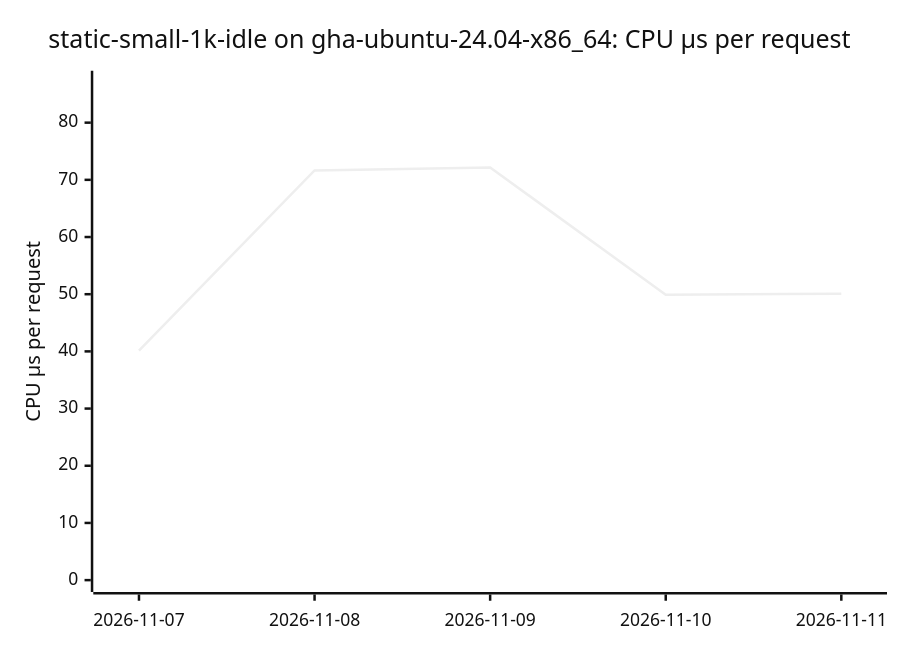
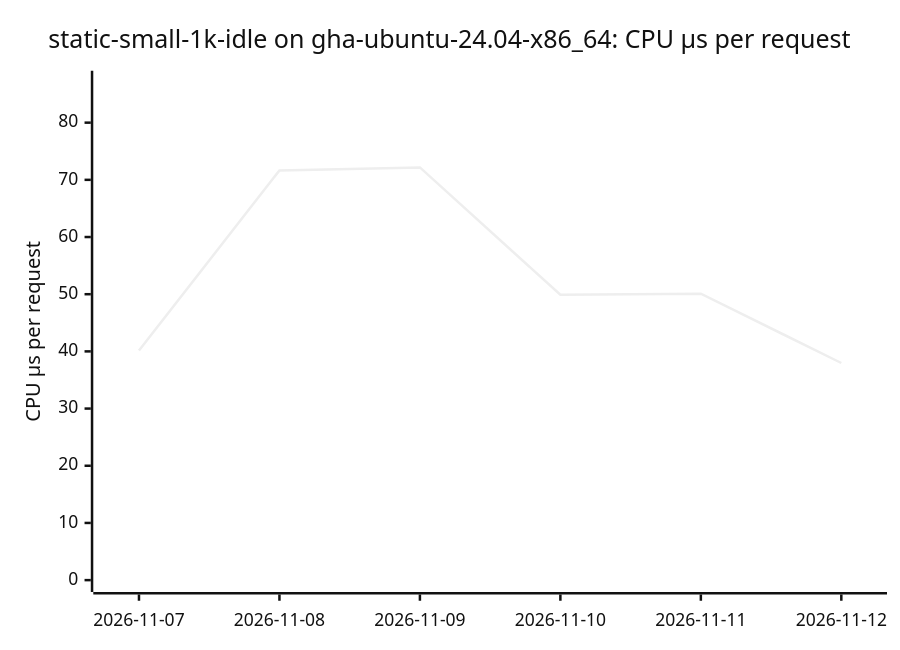
One commit to ThePixelPilgrim/durchlauferhitzer changed the ninth of 18 diagrams in BENCHMARKS.md. Above: the diagram before and after it, drawn with Mermaid (neutral theme). The commit also changed other lines of this file and 1 other file, not shown here.

````diff
--- a/BENCHMARKS.md
+++ b/BENCHMARKS.md
@@ -106,7 +106,7 @@
 ```mermaid
 xychart-beta
   title "static-small-1k-idle on gha-ubuntu-24.04-x86_64: CPU µs per request"
-  x-axis ["2026-11-07", "2026-11-08", "2026-11-09", "2026-11-10", "2026-11-11"]
+  x-axis ["2026-11-07", "2026-11-08", "2026-11-09", "2026-11-10", "2026-11-11", "2026-11-12"]
   y-axis "CPU µs per request" 0 --> 87
-  line [40.14, 71.65, 72.17, 49.90, 50.08]
+  line [40.14, 71.65, 72.17, 49.90, 50.08, 37.97]
 ```
````
